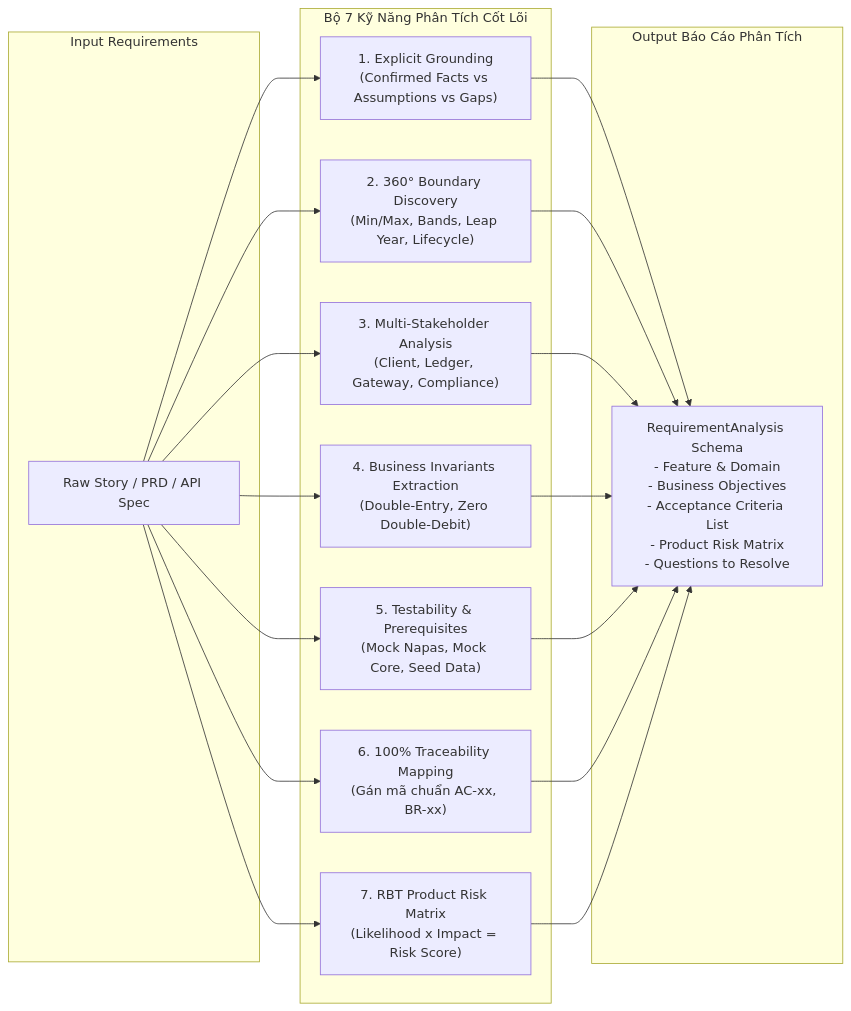
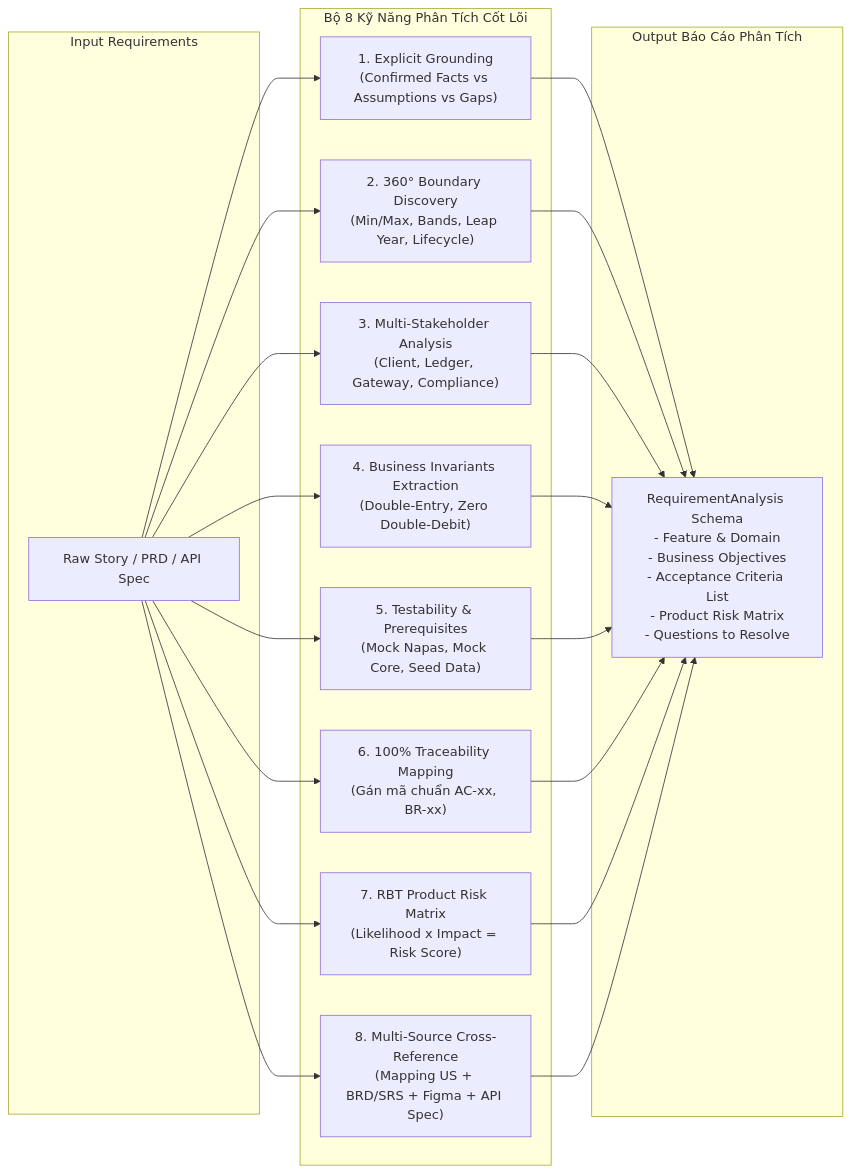
The second of 7 diagrams in docs/system_architecture_charts.md (gary1633/qa-ai-gen-testcase), drawn with Mermaid before and after one commit. The commit also changed other lines of this file and 23 other files, not shown here.

````diff
--- a/docs/system_architecture_charts.md
+++ b/docs/system_architecture_charts.md
@@ -63,36 +63,39 @@
 ```mermaid
 flowchart LR
     subgraph Input_Group ["Input Requirements"]
         RAW["Raw Story / PRD / API Spec"]
     end
 
-    subgraph Skills_Group ["Bộ 7 Kỹ Năng Phân Tích Cốt Lõi"]
+    subgraph Skills_Group ["Bộ 8 Kỹ Năng Phân Tích Cốt Lõi"]
         K1["1. Explicit Grounding<br/>(Confirmed Facts vs Assumptions vs Gaps)"]
         K2["2. 360° Boundary Discovery<br/>(Min/Max, Bands, Leap Year, Lifecycle)"]
         K3["3. Multi-Stakeholder Analysis<br/>(Client, Ledger, Gateway, Compliance)"]
         K4["4. Business Invariants Extraction<br/>(Double-Entry, Zero Double-Debit)"]
         K5["5. Testability & Prerequisites<br/>(Mock Napas, Mock Core, Seed Data)"]
         K6["6. 100% Traceability Mapping<br/>(Gán mã chuẩn AC-xx, BR-xx)"]
         K7["7. RBT Product Risk Matrix<br/>(Likelihood x Impact = Risk Score)"]
+        K8["8. Multi-Source Cross-Reference<br/>(Mapping US + BRD/SRS + Figma + API Spec)"]
     end
 
     subgraph Output_Group ["Output Báo Cáo Phân Tích"]
         OUT["RequirementAnalysis Schema<br/>- Feature & Domain<br/>- Business Objectives<br/>- Acceptance Criteria List<br/>- Product Risk Matrix<br/>- Questions to Resolve"]
     end
 
     RAW --> K1
     RAW --> K2
     RAW --> K3
     RAW --> K4
     RAW --> K5
     RAW --> K6
     RAW --> K7
+    RAW --> K8
 
     K1 --> OUT
     K2 --> OUT
     K3 --> OUT
     K4 --> OUT
     K5 --> OUT
     K6 --> OUT
     K7 --> OUT
+    K8 --> OUT
 ```
````
